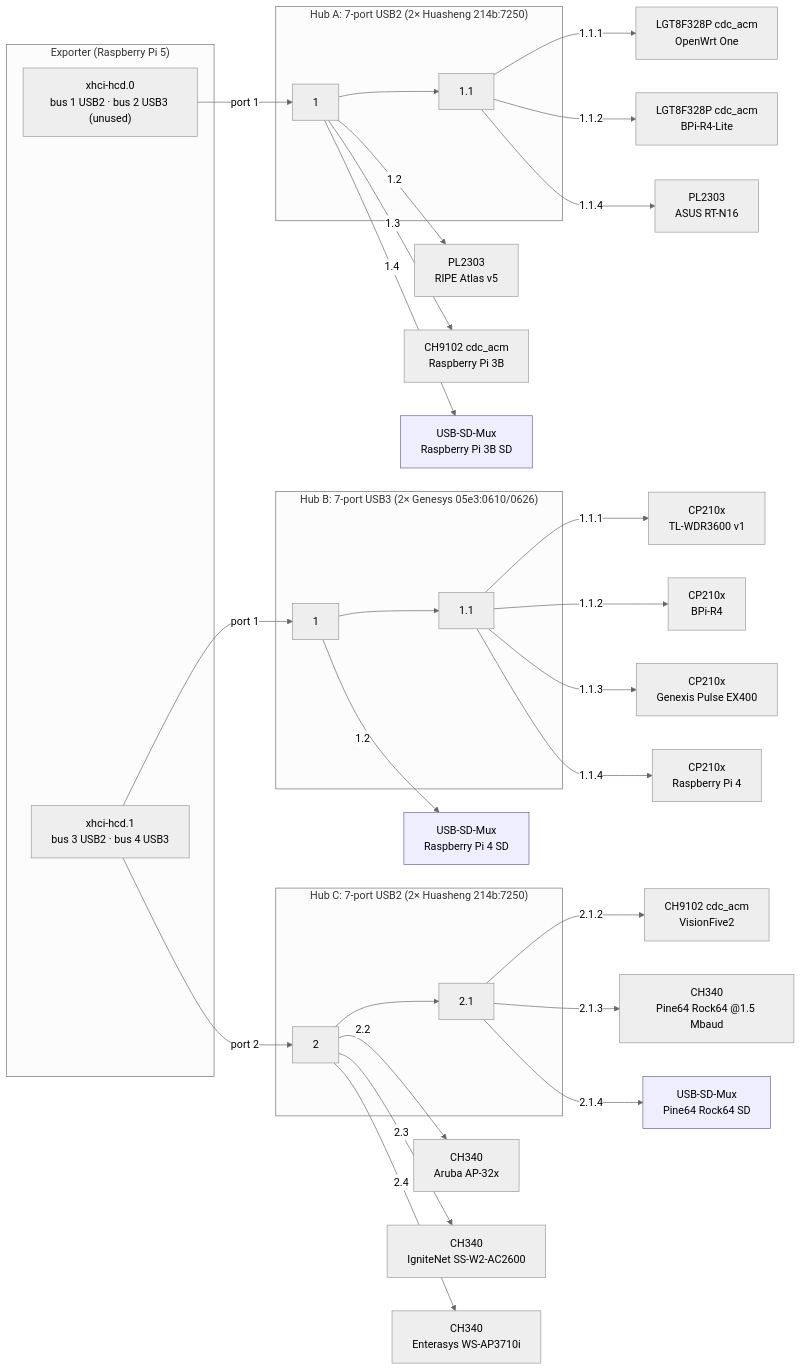
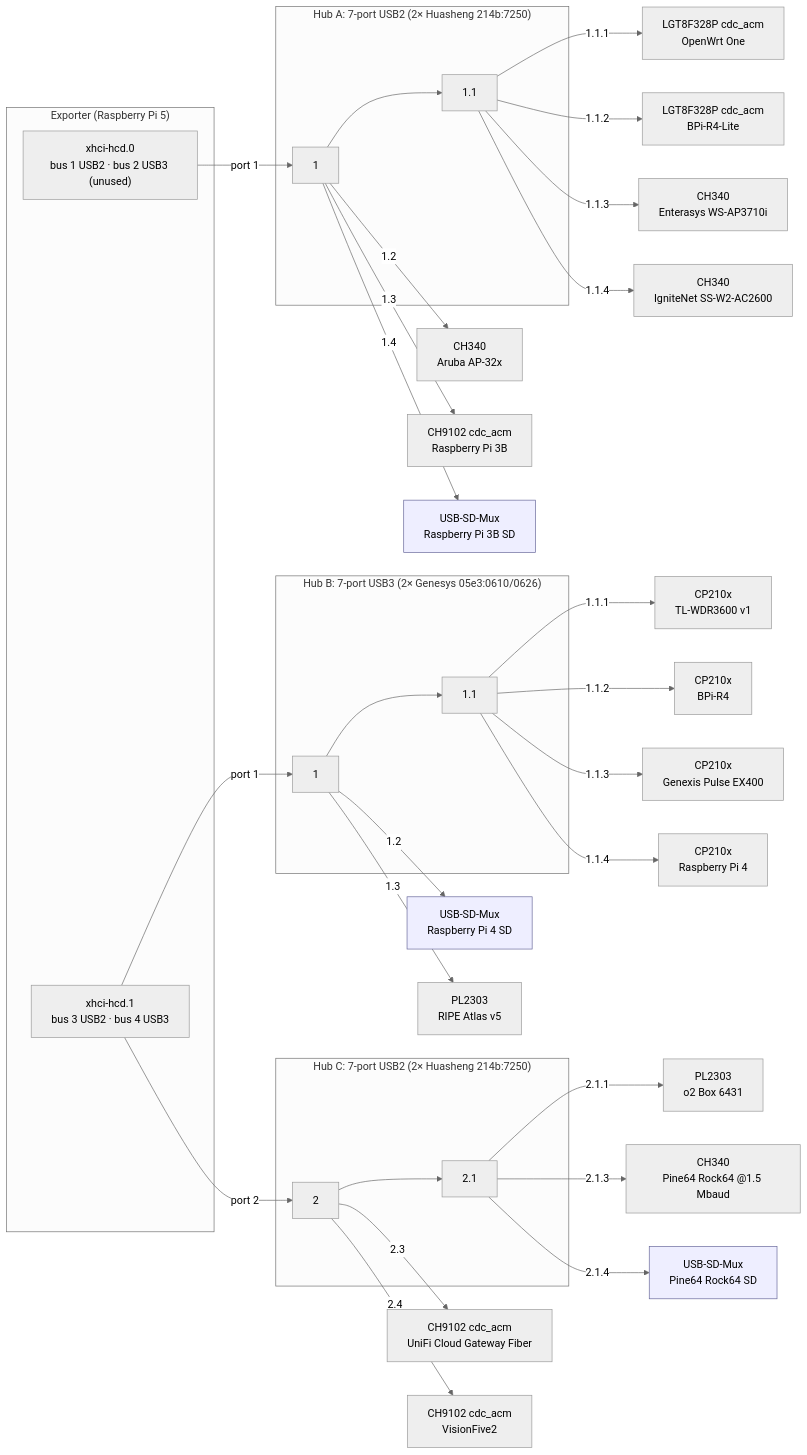
The second of 2 diagrams in docs/labs/aparcar.md (aparcar/openwrt-tests), drawn with Mermaid (neutral theme) before and after one commit. The commit also changed other lines of this file and 3 other files, not shown here.

First line of the commit message:
labs: aparcar: add switch 2, power strip and UniFi Cloud Gateway Fiber

````diff
--- a/docs/labs/aparcar.md
+++ b/docs/labs/aparcar.md
@@ -105,44 +171,45 @@
 ```mermaid
 flowchart LR
   subgraph EXP["Exporter (Raspberry Pi 5)"]
     X0["xhci-hcd.0<br/>bus 1 USB2 · bus 2 USB3 (unused)"]
     X1["xhci-hcd.1<br/>bus 3 USB2 · bus 4 USB3"]
   end
 
   subgraph HUBA["Hub A: 7-port USB2 (2× Huasheng 214b:7250)"]
     A0["1"] --> A1["1.1"]
   end
   subgraph HUBB["Hub B: 7-port USB3 (2× Genesys 05e3:0610/0626)"]
     B0["1"] --> B1["1.1"]
   end
   subgraph HUBC["Hub C: 7-port USB2 (2× Huasheng 214b:7250)"]
     C0["2"] --> C1["2.1"]
   end
 
   X0 -->|port 1| A0
   X1 -->|port 1| B0
   X1 -->|port 2| C0
 
   A1 -->|1.1.1| a1["LGT8F328P cdc_acm<br/>OpenWrt One"]
   A1 -->|1.1.2| a2["LGT8F328P cdc_acm<br/>BPi-R4-Lite"]
-  A1 -->|1.1.4| a6["PL2303<br/>ASUS RT-N16"]
-  A0 -->|1.2| a3["PL2303<br/>RIPE Atlas v5"]
+  A1 -->|1.1.3| a7["CH340<br/>Enterasys WS-AP3710i"]
+  A1 -->|1.1.4| a8["CH340<br/>IgniteNet SS-W2-AC2600"]
+  A0 -->|1.2| a3["CH340<br/>Aruba AP-32x"]
   A0 -->|1.3| a4["CH9102 cdc_acm<br/>Raspberry Pi 3B"]
   A0 -->|1.4| a5["USB-SD-Mux<br/>Raspberry Pi 3B SD"]
 
   B1 -->|1.1.1| b1["CP210x<br/>TL-WDR3600 v1"]
   B1 -->|1.1.2| b2["CP210x<br/>BPi-R4"]
   B1 -->|1.1.3| b3["CP210x<br/>Genexis Pulse EX400"]
   B1 -->|1.1.4| b4["CP210x<br/>Raspberry Pi 4"]
   B0 -->|1.2| b5["USB-SD-Mux<br/>Raspberry Pi 4 SD"]
+  B0 -->|1.3| b6["PL2303<br/>RIPE Atlas v5"]
 
-  C1 -->|2.1.2| c1["CH9102 cdc_acm<br/>VisionFive2"]
+  C1 -->|2.1.1| c7["PL2303<br/>o2 Box 6431"]
   C1 -->|2.1.3| c2["CH340<br/>Pine64 Rock64 @1.5 Mbaud"]
   C1 -->|2.1.4| c3["USB-SD-Mux<br/>Pine64 Rock64 SD"]
-  C0 -->|2.2| c4["CH340<br/>Aruba AP-32x"]
-  C0 -->|2.3| c5["CH340<br/>IgniteNet SS-W2-AC2600"]
-  C0 -->|2.4| c6["CH340<br/>Enterasys WS-AP3710i"]
+  C0 -->|2.3| c5["CH9102 cdc_acm<br/>UniFi Cloud Gateway Fiber"]
+  C0 -->|2.4| c1["CH9102 cdc_acm<br/>VisionFive2"]
 
   classDef mux fill:#eef,stroke:#669
   class a5,b5,c3 mux
 ```
````
